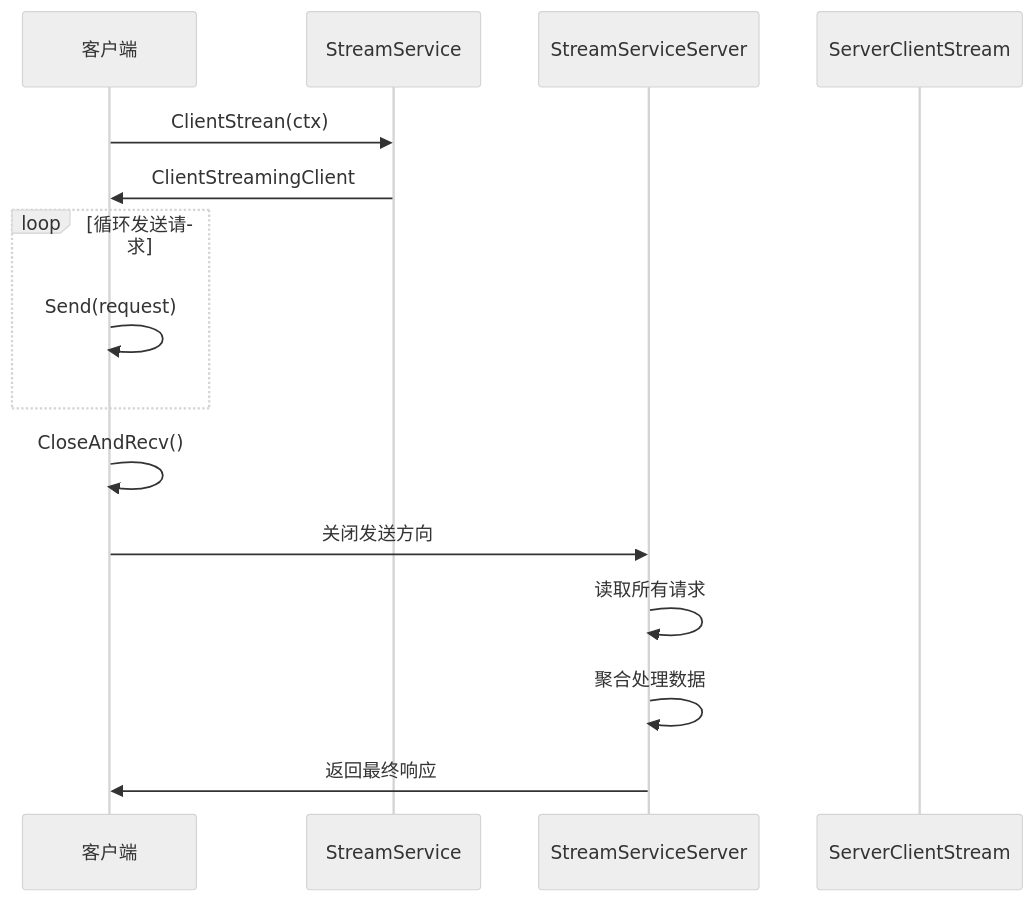
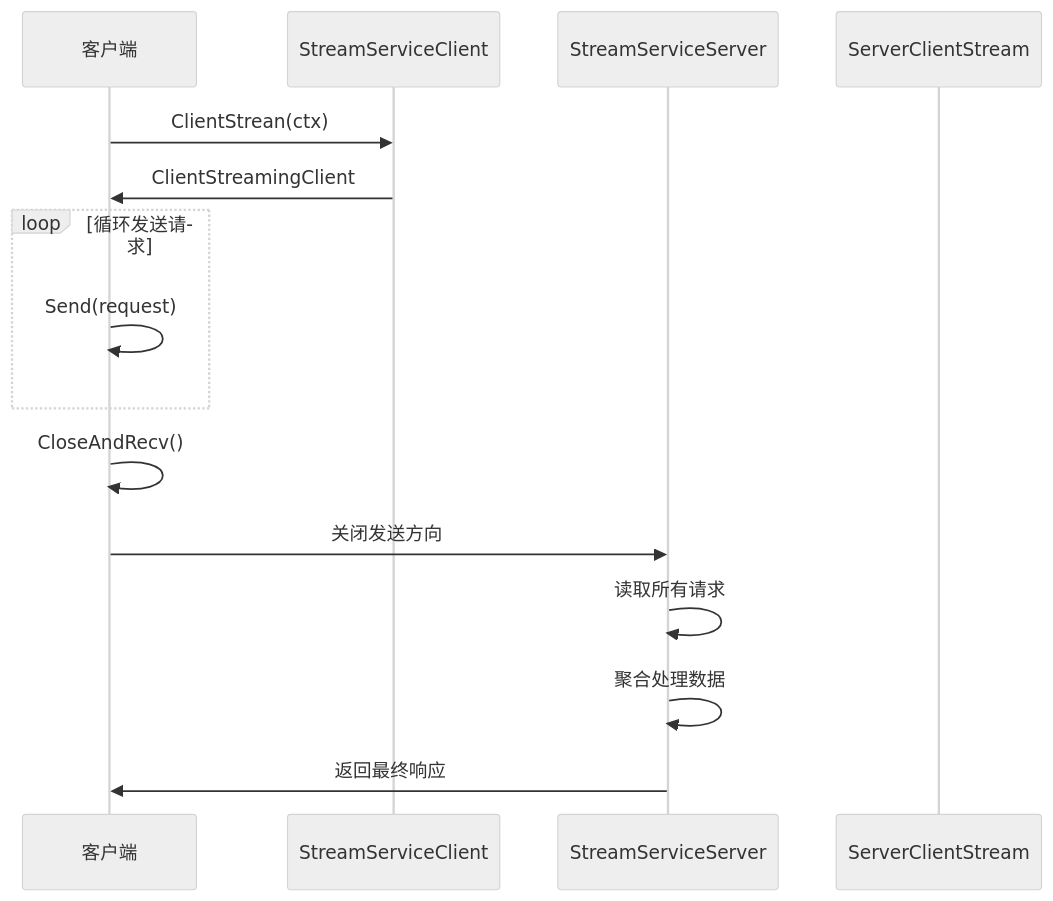
The seventh of 15 diagrams in .agents/repowiki/zh/content/示例和最佳实践/WebSocket流式系统.md (soyacen/goose), drawn with Mermaid (neutral theme) before and after one commit. The commit also changed other lines of this file and 4 other files, not shown here.

First line of the commit message:
Refactor stream service code: simplify request/response types and separate interfaces

````diff
--- a/.agents/repowiki/zh/content/示例和最佳实践/WebSocket流式系统.md
+++ b/.agents/repowiki/zh/content/示例和最佳实践/WebSocket流式系统.md
@@ -322,17 +321,17 @@
 ```mermaid
 sequenceDiagram
 participant Client as 客户端
-participant Service as StreamService
+participant Service as StreamServiceClient
 participant Server as StreamServiceServer
 participant Stream as ServerClientStream
 Client->>Service : ClientStrean(ctx)
 Service->>Client : ClientStreamingClient
 loop 循环发送请求
 Client->>Client : Send(request)
 end
 Client->>Client : CloseAndRecv()
 Client->>Server : 关闭发送方向
 Server->>Server : 读取所有请求
 Server->>Server : 聚合处理数据
 Server->>Client : 返回最终响应
 ```
````
